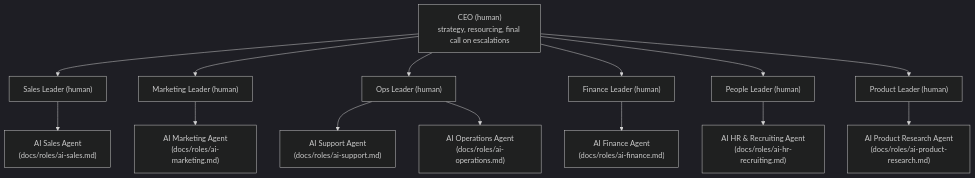
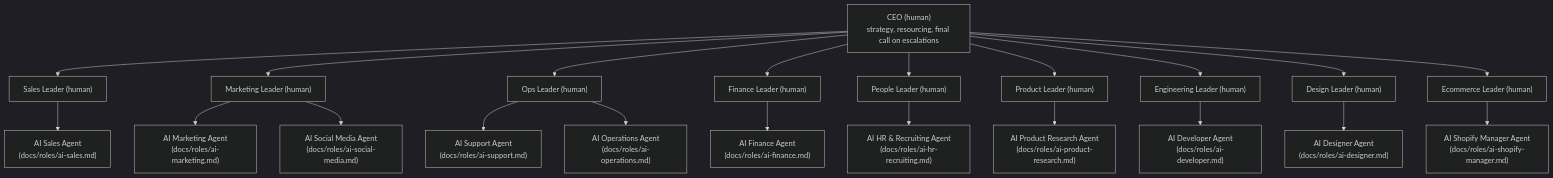
One commit to ramichnexora/Infinite_Problem_-Solver changed the diagram in docs/02-org-chart.md. Above: the diagram before and after it, drawn with Mermaid (dark theme). The commit also changed other lines of this file and 21 other files, not shown here.

First line of the commit message:
Add Developer, Designer, Shopify Manager, and Social Media seats

````diff
--- a/docs/02-org-chart.md
+++ b/docs/02-org-chart.md
@@ -10,19 +10,26 @@
 ```mermaid
 flowchart TD
     CEO["CEO (human)\nstrategy, resourcing, final call on escalations"]
 
     CEO --> SalesLead["Sales Leader (human)"]
     CEO --> MktLead["Marketing Leader (human)"]
     CEO --> OpsLead["Ops Leader (human)"]
     CEO --> FinLead["Finance Leader (human)"]
     CEO --> PeopleLead["People Leader (human)"]
     CEO --> ProductLead["Product Leader (human)"]
+    CEO --> EngLead["Engineering Leader (human)"]
+    CEO --> DesignLead["Design Leader (human)"]
+    CEO --> EcomLead["Ecommerce Leader (human)"]
 
     SalesLead --> AISales["AI Sales Agent\n(docs/roles/ai-sales.md)"]
     MktLead --> AIMkt["AI Marketing Agent\n(docs/roles/ai-marketing.md)"]
+    MktLead --> AISocial["AI Social Media Agent\n(docs/roles/ai-social-media.md)"]
     OpsLead --> AISupport["AI Support Agent\n(docs/roles/ai-support.md)"]
     OpsLead --> AIOps["AI Operations Agent\n(docs/roles/ai-operations.md)"]
     FinLead --> AIFinance["AI Finance Agent\n(docs/roles/ai-finance.md)"]
     PeopleLead --> AIHR["AI HR & Recruiting Agent\n(docs/roles/ai-hr-recruiting.md)"]
     ProductLead --> AIProduct["AI Product Research Agent\n(docs/roles/ai-product-research.md)"]
+    EngLead --> AIDev["AI Developer Agent\n(docs/roles/ai-developer.md)"]
+    DesignLead --> AIDesign["AI Designer Agent\n(docs/roles/ai-designer.md)"]
+    EcomLead --> AIShopify["AI Shopify Manager Agent\n(docs/roles/ai-shopify-manager.md)"]
 ```
````
